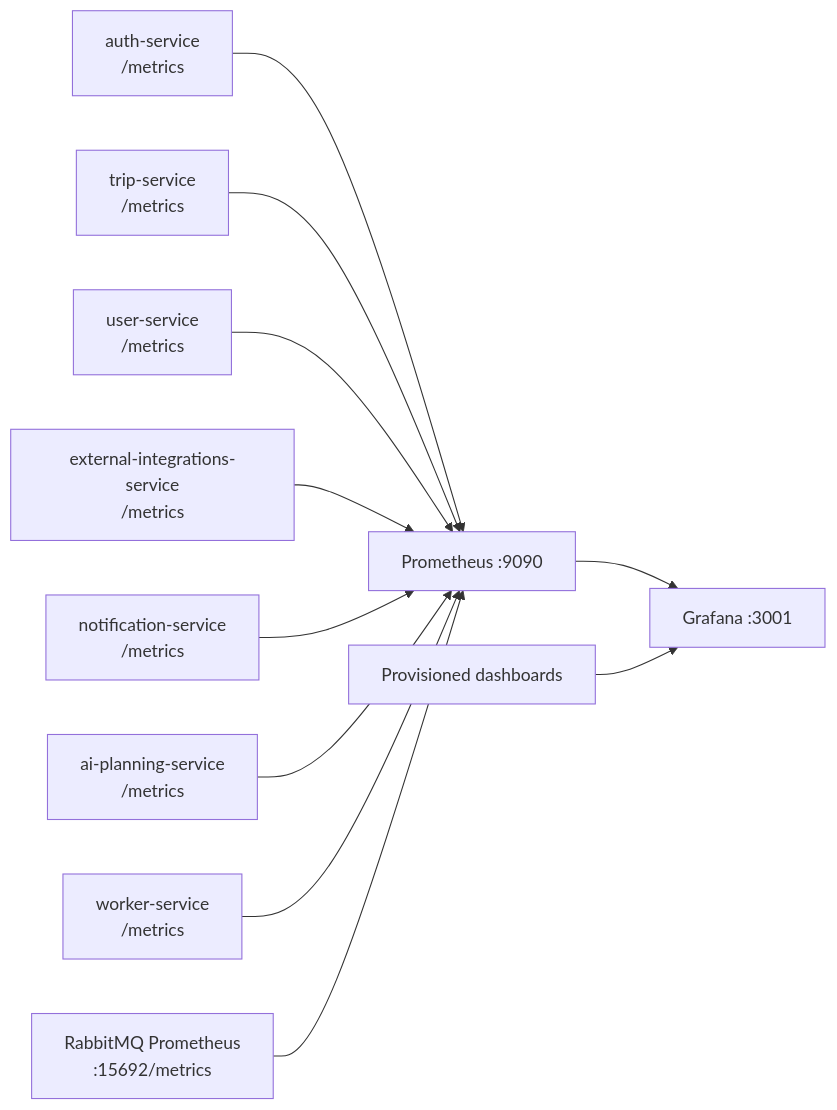
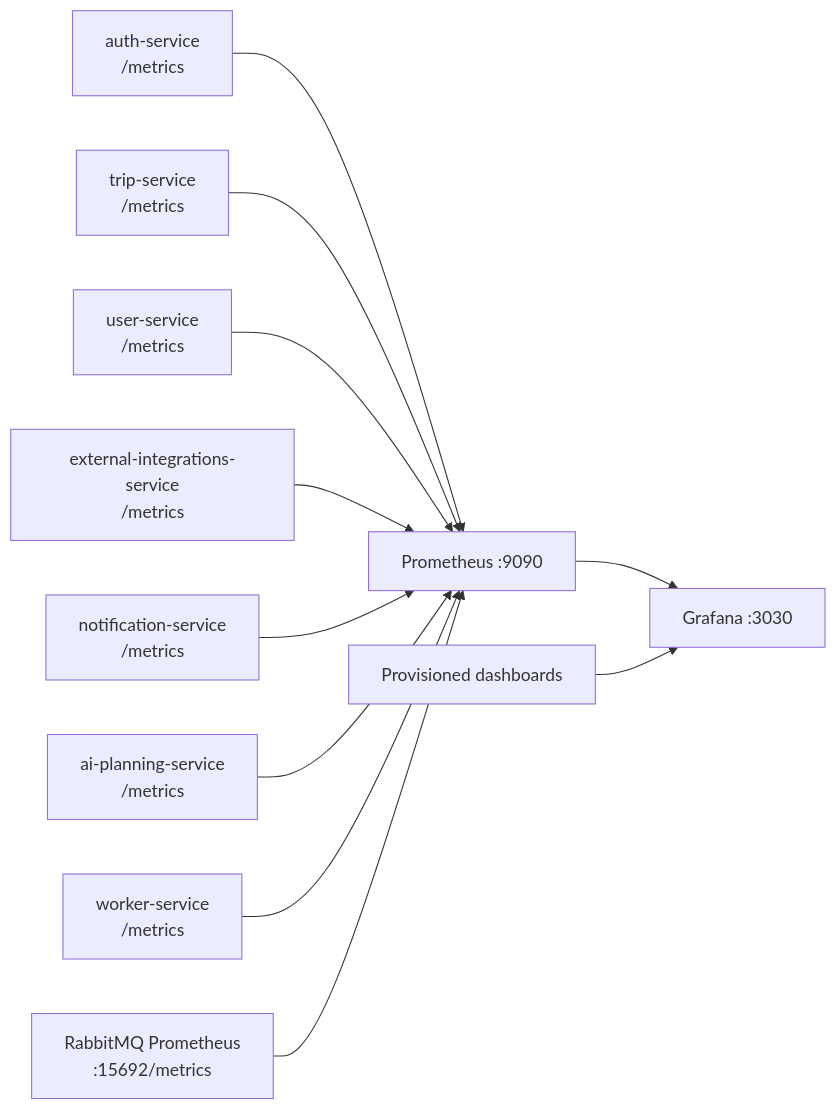
One commit to KovalenkoDima236961/Travel_Ai_App changed the first of 3 diagrams in infra/observability/README.md. Above: the diagram before and after it, drawn with Mermaid. The commit also changed other lines of this file and 2 other files, not shown here.

Commit message:
chore: updated port for grafana to prevent the errors

````diff
--- a/infra/observability/README.md
+++ b/infra/observability/README.md
@@ -9,13 +9,13 @@
 ```mermaid
 flowchart LR
     Auth["auth-service<br/>/metrics"] --> Prom["Prometheus :9090"]
     Trip["trip-service<br/>/metrics"] --> Prom
     User["user-service<br/>/metrics"] --> Prom
     External["external-integrations-service<br/>/metrics"] --> Prom
     Notify["notification-service<br/>/metrics"] --> Prom
     AI["ai-planning-service<br/>/metrics"] --> Prom
     Worker["worker-service<br/>/metrics"] --> Prom
     Rabbit["RabbitMQ Prometheus<br/>:15692/metrics"] --> Prom
-    Prom --> Grafana["Grafana :3001"]
+    Prom --> Grafana["Grafana :3030"]
     Dashboards["Provisioned dashboards"] --> Grafana
 ```
````
